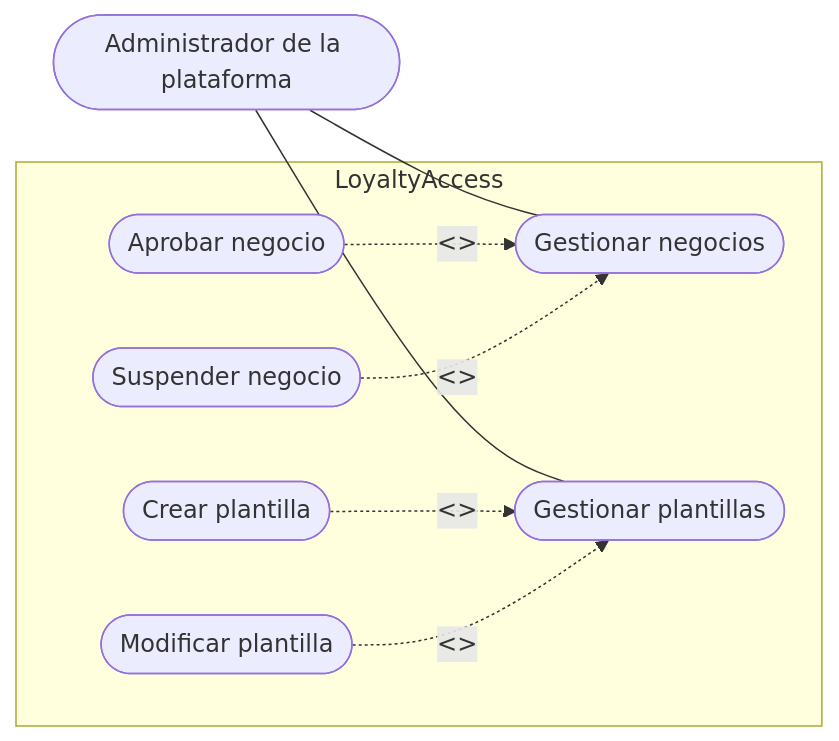
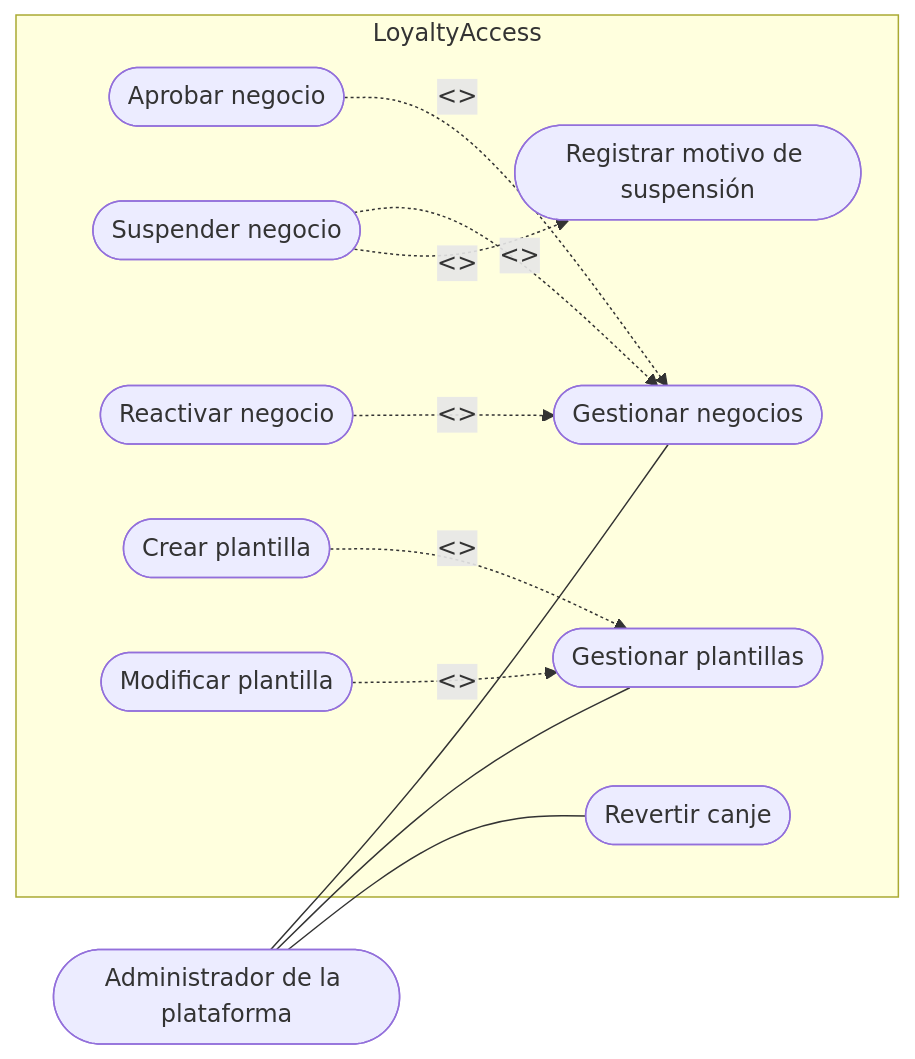
Before and after one commit to Salazarbru/loyaltyaccess: the fourth of 4 diagrams in docs/artefactos/casos de uso.md, drawn with Mermaid. The commit also changed other lines of this file and 10 other files, not shown here.

````diff
--- a/docs/artefactos/casos de uso.md
+++ b/docs/artefactos/casos de uso.md
@@ -128,21 +128,27 @@
 ```mermaid
 flowchart LR
     Admin(["Administrador de la plataforma"])
 
     subgraph LoyaltyAccess
         UC1(["Gestionar negocios"])
         UC2(["Gestionar plantillas"])
+        UC3(["Revertir canje"])
         UC1a(["Aprobar negocio"])
         UC1b(["Suspender negocio"])
+        UC1c(["Reactivar negocio"])
+        UC1d(["Registrar motivo de suspensión"])
         UC2a(["Crear plantilla"])
         UC2b(["Modificar plantilla"])
     end
 
     Admin --- UC1
     Admin --- UC2
+    Admin --- UC3
 
     UC1a -. "<<extend>>" .-> UC1
     UC1b -. "<<extend>>" .-> UC1
+    UC1c -. "<<extend>>" .-> UC1
+    UC1b -. "<<include>>" .-> UC1d
     UC2a -. "<<extend>>" .-> UC2
     UC2b -. "<<extend>>" .-> UC2
 ```
````
